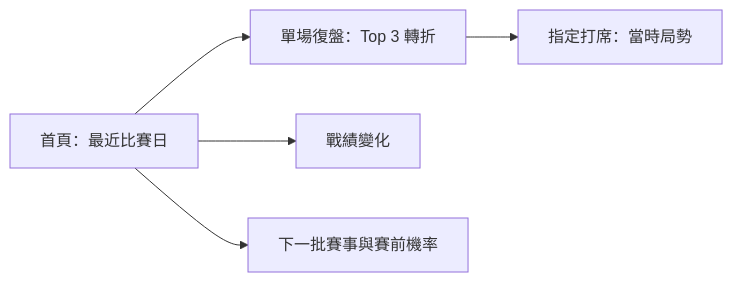
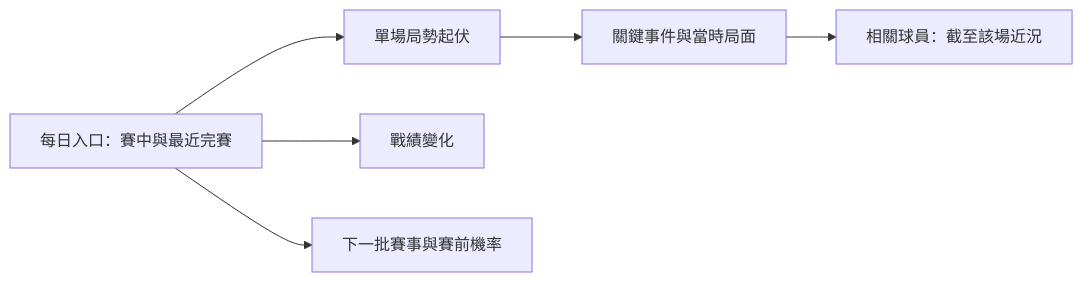
One commit to ruan6047/cpbl-analytics changed the first of 3 diagrams in docs/PRODUCT_UX_BLUEPRINT.md. Above: the diagram before and after it, drawn with Mermaid. The commit also changed other lines of this file and 4 other files, not shown here.

First line of the commit message:
docs: integrate confirmed product and architecture direction

````diff
--- a/docs/PRODUCT_UX_BLUEPRINT.md
+++ b/docs/PRODUCT_UX_BLUEPRINT.md
@@ -38,7 +42,8 @@
 ```mermaid
 flowchart LR
-  H["首頁：最近比賽日"] --> R["單場復盤：Top 3 轉折"]
-  R --> P["指定打席：當時局勢"]
+  H["每日入口：賽中與最近完賽"] --> R["單場局勢起伏"]
+  R --> P["關鍵事件與當時局面"]
+  P --> B["相關球員：截至該場近況"]
   H --> S["戰績變化"]
   H --> T["下一批賽事與賽前機率"]
 ```
````
